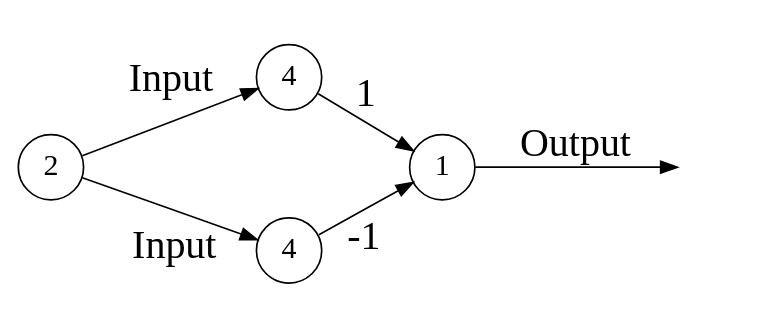
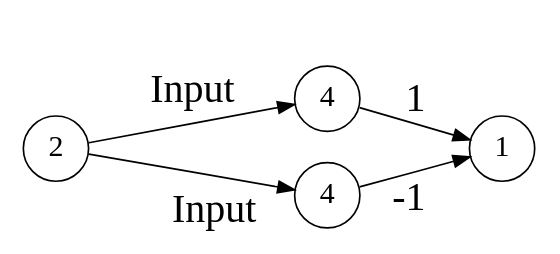
Before and after one commit to Jegp/thesis: the diagram in report/chapters/volr/example4.dot, drawn with Graphviz. The commit also changed 13 other files, not shown here.

```diff
--- a/report/chapters/volr/example4.dot
+++ b/report/chapters/volr/example4.dot
@@ -1,18 +1,17 @@
 digraph example3 {
     rankdir = "LR";
     ratio=0.4;
     graph [margin=0];
     edge [arrowsize=1, fontsize=24];
     node [shape=circle, width=0.07, fontsize=18];
 
-    s [label="2"]
-    l1, l2 [label="4"]
-    p [label="1"]
-    o [color=white, label=" "]
-    s -> l1 [label="Input"]
+    s [label="2"];
+    l1, l2 [label="4"];
+    p [label="1"];
+    o [color=white, label=" "];
+    s -> l1 [label="Input"];
     s -> l2 [headlabel="Input", labelangle=25, labeldistance=5];
     l1 -> p [label="1"]
     l2 -> p [headlabel="-1", labelangle=20, labeldistance=4.5]
-    p -> o [label="Output"]
 
 }
```
